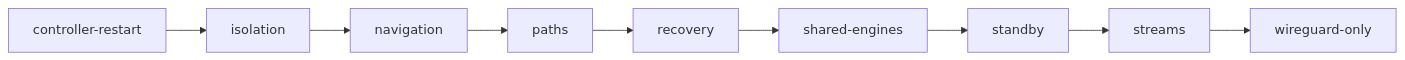
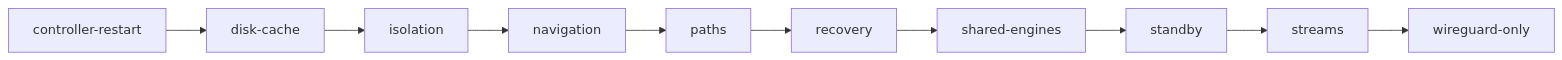
The sixth of 14 diagrams in e2e/README.md (sergimn/AceSwarm), drawn with Mermaid before and after one commit. The commit also changed other lines of this file and 19 other files, not shown here.

First line of the commit message:
Let engines keep their stream cache on disk instead of in memory (#70)

````diff
--- a/e2e/README.md
+++ b/e2e/README.md
@@ -186,4 +186,4 @@
 ```mermaid
 flowchart LR
-  CR[controller-restart] --> I[isolation] --> N[navigation] --> P[paths] --> R[recovery] --> SE[shared-engines] --> SB[standby] --> S[streams] --> W[wireguard-only]
+  CR[controller-restart] --> DC[disk-cache] --> I[isolation] --> N[navigation] --> P[paths] --> R[recovery] --> SE[shared-engines] --> SB[standby] --> S[streams] --> W[wireguard-only]
 ```
````
